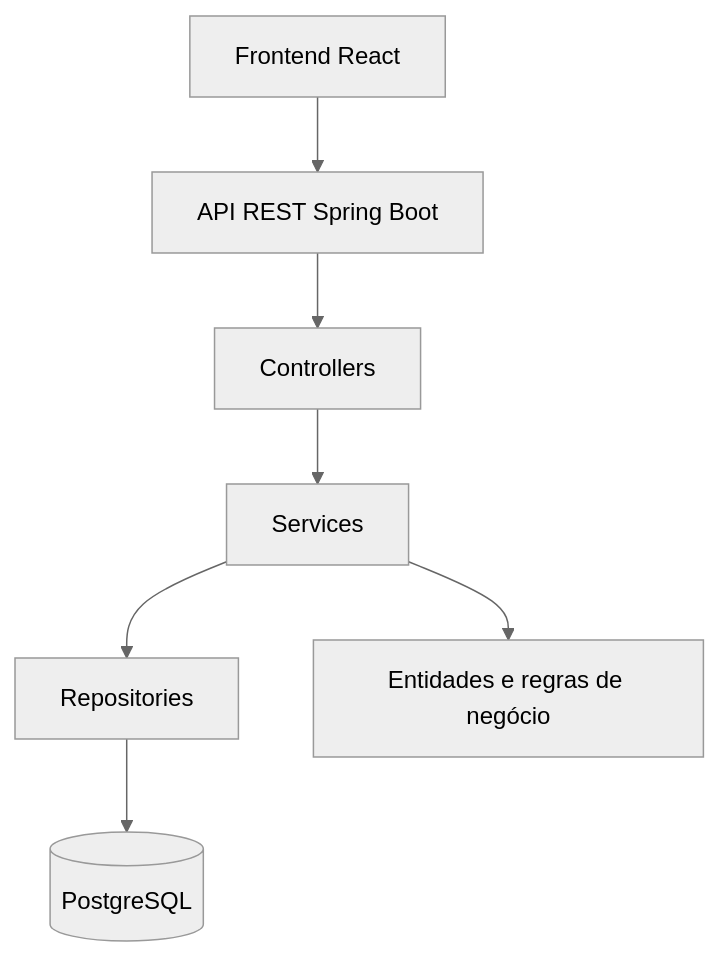
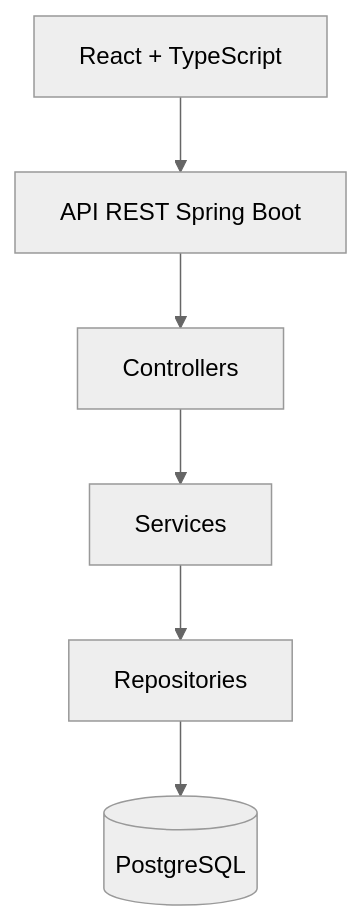
Before and after one commit to gustavo-laudelino/smart-dispatch: the second of 2 diagrams in README.md, drawn with Mermaid (neutral theme). The commit also changed other lines of this file, not shown here.

````diff
--- a/README.md
+++ b/README.md
@@ -212,11 +182,8 @@
 ```mermaid
 flowchart TB
-    FRONT[Frontend React] --> API[API REST Spring Boot]
-
+    FRONT[React + TypeScript] --> API[API REST Spring Boot]
     API --> CONTROLLER[Controllers]
     CONTROLLER --> SERVICE[Services]
     SERVICE --> REPOSITORY[Repositories]
     REPOSITORY --> DATABASE[(PostgreSQL)]
-
-    SERVICE --> DOMAIN[Entidades e regras de negócio]
 ```
````
